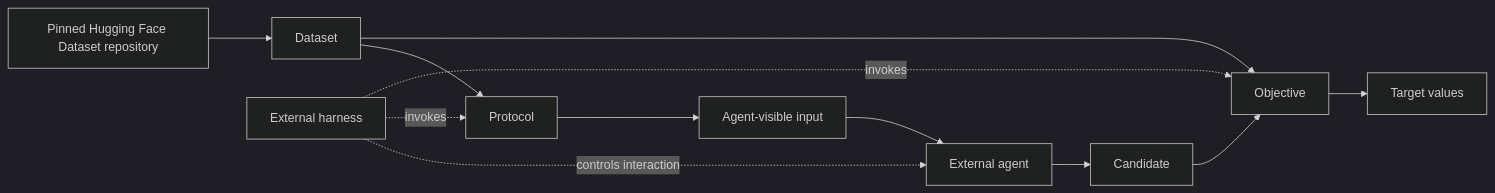
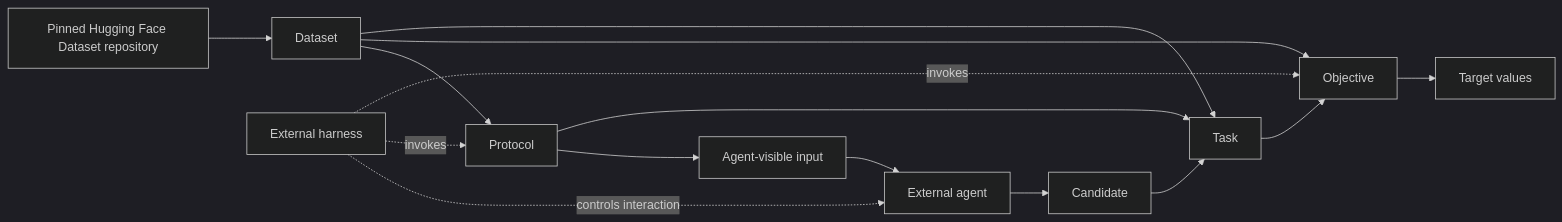
Before and after one commit to xukp20/sci-modeling-bench: the diagram in docs/architecture/core-concepts.md, drawn with Mermaid (dark theme). The commit also changed other lines of this file and 19 other files, not shown here.

````diff
--- a/docs/architecture/core-concepts.md
+++ b/docs/architecture/core-concepts.md
@@ -14,14 +14,17 @@
 ```mermaid
 flowchart LR
     Repository["Pinned Hugging Face Dataset repository"] --> Dataset
     Dataset --> Protocol
     Protocol --> Visible["Agent-visible input"]
     Visible --> Agent["External agent"]
     Agent --> Candidate["Candidate"]
-    Candidate --> Objective
+    Candidate --> Task
+    Task --> Objective
     Dataset --> Objective
+    Dataset --> Task
+    Protocol --> Task
     Objective --> Targets["Target values"]
     Harness["External harness"] -. controls interaction .-> Agent
     Harness -. invokes .-> Protocol
     Harness -. invokes .-> Objective
 ```
````
